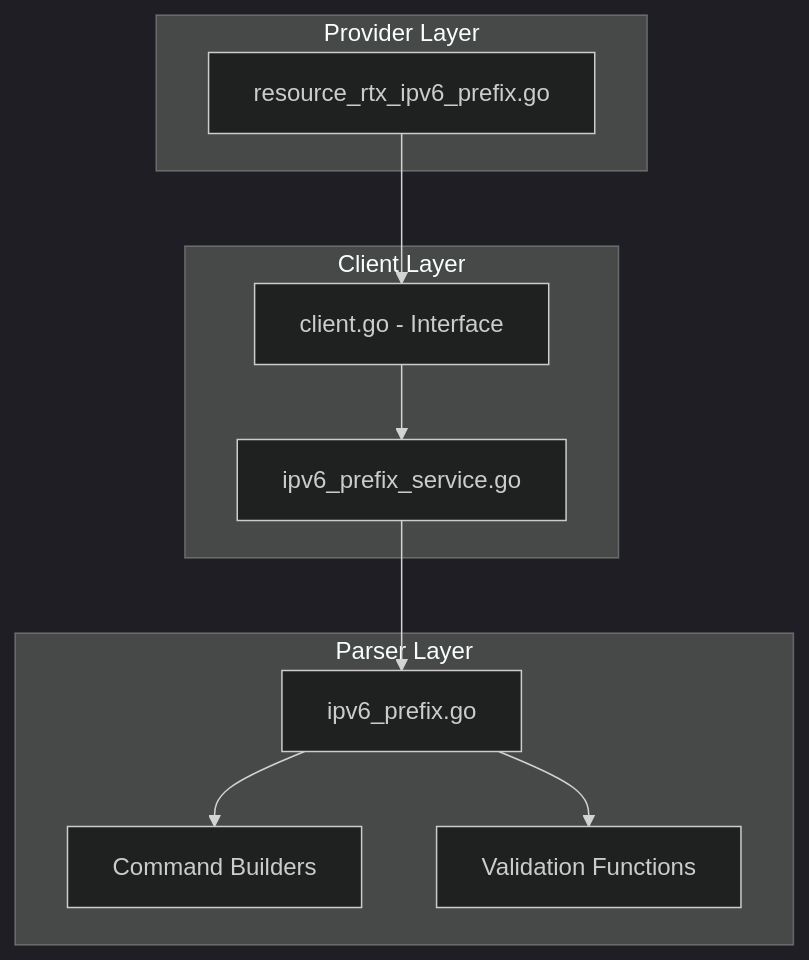
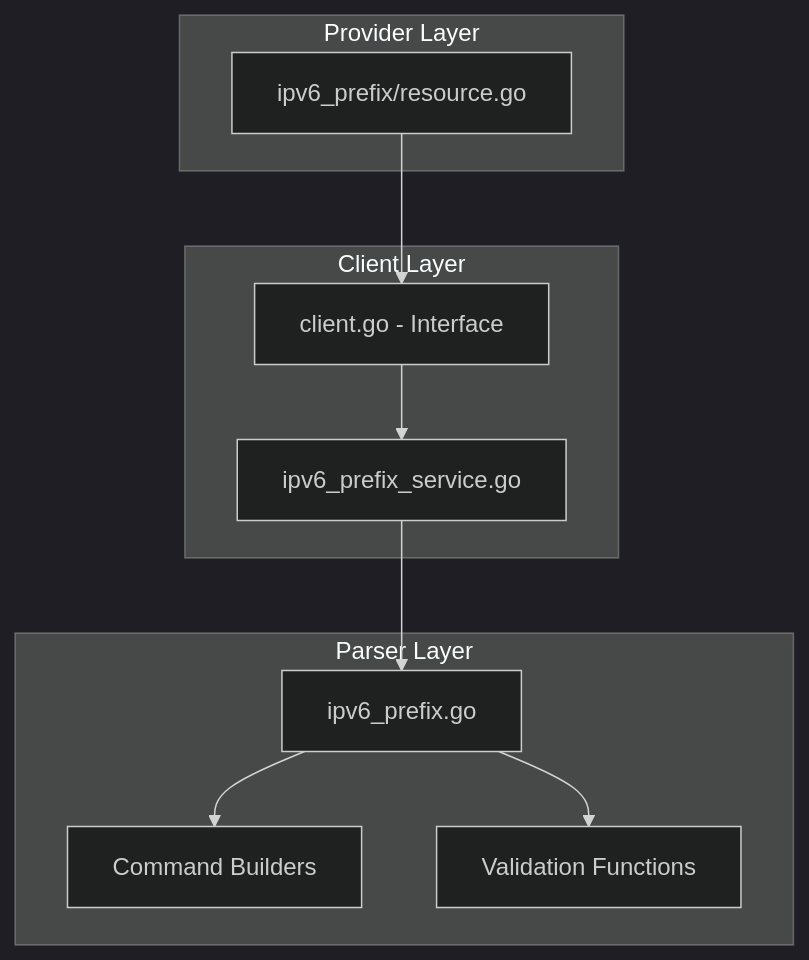
The diagram in .spec-workflow/master-specs/ipv6/design.md (shin1ohno/terraform-provider-rtx), drawn with Mermaid (dark theme) before and after one commit. The commit also changed other lines of this file and 43 other files, not shown here.

````diff
--- a/.spec-workflow/master-specs/ipv6/design.md
+++ b/.spec-workflow/master-specs/ipv6/design.md
@@ -19,23 +19,23 @@
 ```mermaid
 graph TD
     subgraph Provider Layer
-        TFResource[resource_rtx_ipv6_prefix.go]
+        TFResource[ipv6_prefix/resource.go]
     end
 
     subgraph Client Layer
         Client[client.go - Interface]
         IPv6PrefixService[ipv6_prefix_service.go]
     end
 
     subgraph Parser Layer
         IPv6PrefixParser[ipv6_prefix.go]
         Commands[Command Builders]
         Validator[Validation Functions]
     end
 
     TFResource --> Client
     Client --> IPv6PrefixService
     IPv6PrefixService --> IPv6PrefixParser
     IPv6PrefixParser --> Commands
     IPv6PrefixParser --> Validator
 ```
````
